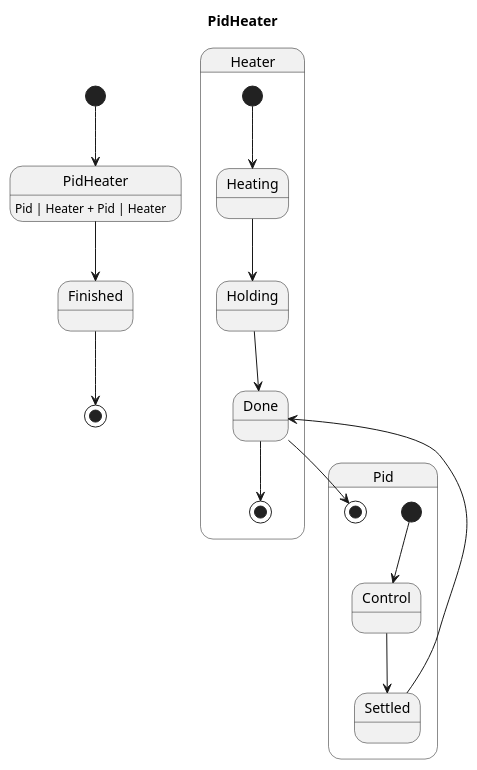
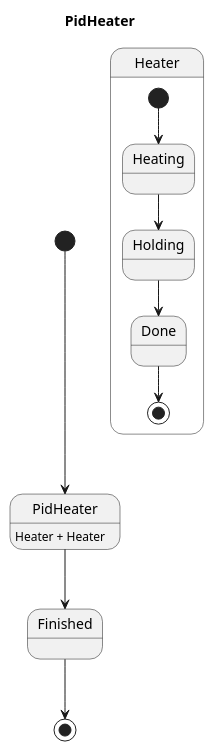
Before and after one commit to Pastor/Takt: the diagram in examples/generated/plantuml/pid_heater.puml, drawn with PlantUML. The commit also changed 28 other files, not shown here.

```diff
--- a/examples/generated/plantuml/pid_heater.puml
+++ b/examples/generated/plantuml/pid_heater.puml
@@ -1,23 +1,16 @@
 @startuml
 title PidHeater
 
 [*] --> PidHeater
 Finished --> [*]
-PidHeater : Pid | Heater + Pid | Heater
+PidHeater : Heater + Heater
 PidHeater --> Finished
 
 state Heater {
     [*] --> Heating
     Done --> [*]
     Heating --> Holding
     Holding --> Done
 }
 
-state Pid {
-    [*] --> Control
-    Control --> Settled
-    Done --> [*]
-    Settled --> Done
-}
-
 @enduml
```
